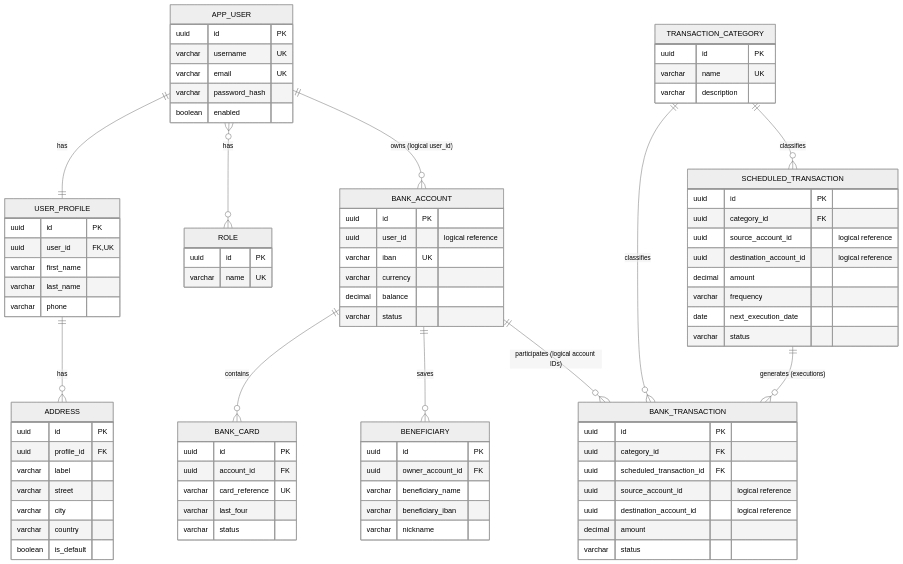
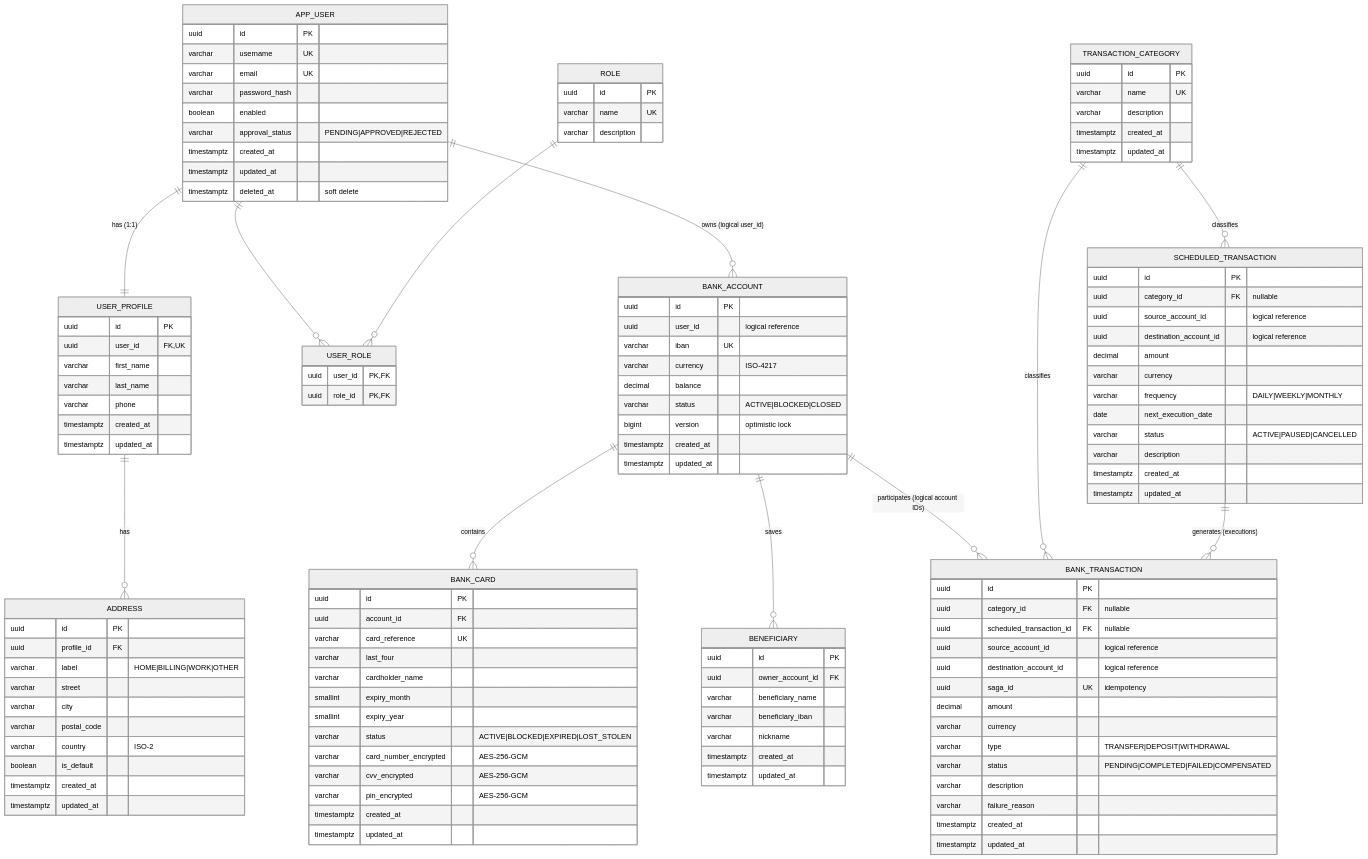
The fourth of 4 diagrams in README.md (AlexGhena/proiect_AWBD), drawn with Mermaid (neutral theme) before and after one commit. The commit also changed other lines of this file, not shown here.

````diff
--- a/README.md
+++ b/README.md
@@ -55,7 +128,8 @@
 ```mermaid
 erDiagram
-    APP_USER ||--|| USER_PROFILE : "has"
-    APP_USER }o--o{ ROLE : "has"
+    APP_USER ||--|| USER_PROFILE : "has (1:1)"
+    APP_USER ||--o{ USER_ROLE : ""
+    ROLE ||--o{ USER_ROLE : ""
     USER_PROFILE ||--o{ ADDRESS : "has"
     APP_USER ||--o{ BANK_ACCOUNT : "owns (logical user_id)"
     BANK_ACCOUNT ||--o{ BANK_CARD : "contains"
@@ -71,6 +145,10 @@
         varchar email UK
         varchar password_hash
         boolean enabled
+        varchar approval_status "PENDING|APPROVED|REJECTED"
+        timestamptz created_at
+        timestamptz updated_at
+        timestamptz deleted_at "soft delete"
     }
     USER_PROFILE {
         uuid id PK
@@ -78,34 +156,55 @@
         varchar first_name
         varchar last_name
         varchar phone
+        timestamptz created_at
+        timestamptz updated_at
     }
     ROLE {
         uuid id PK
         varchar name UK
+        varchar description
+    }
+    USER_ROLE {
+        uuid user_id PK,FK
+        uuid role_id PK,FK
     }
     ADDRESS {
         uuid id PK
         uuid profile_id FK
-        varchar label
+        varchar label "HOME|BILLING|WORK|OTHER"
         varchar street
         varchar city
-        varchar country
+        varchar postal_code
+        varchar country "ISO-2"
         boolean is_default
+        timestamptz created_at
+        timestamptz updated_at
     }
     BANK_ACCOUNT {
         uuid id PK
         uuid user_id "logical reference"
         varchar iban UK
-        varchar currency
+        varchar currency "ISO-4217"
         decimal balance
-        varchar status
+        varchar status "ACTIVE|BLOCKED|CLOSED"
+        bigint version "optimistic lock"
+        timestamptz created_at
+        timestamptz updated_at
     }
     BANK_CARD {
         uuid id PK
         uuid account_id FK
         varchar card_reference UK
         varchar last_four
-        varchar status
+        varchar cardholder_name
+        smallint expiry_month
+        smallint expiry_year
+        varchar status "ACTIVE|BLOCKED|EXPIRED|LOST_STOLEN"
+        varchar card_number_encrypted "AES-256-GCM"
+        varchar cvv_encrypted "AES-256-GCM"
+        varchar pin_encrypted "AES-256-GCM"
+        timestamptz created_at
+        timestamptz updated_at
     }
     BENEFICIARY {
         uuid id PK
@@ -113,29 +212,44 @@
         varchar beneficiary_name
         varchar beneficiary_iban
         varchar nickname
+        timestamptz created_at
+        timestamptz updated_at
     }
     TRANSACTION_CATEGORY {
         uuid id PK
         varchar name UK
         varchar description
+        timestamptz created_at
+        timestamptz updated_at
     }
     SCHEDULED_TRANSACTION {
         uuid id PK
-        uuid category_id FK
+        uuid category_id FK "nullable"
         uuid source_account_id "logical reference"
         uuid destination_account_id "logical reference"
         decimal amount
-        varchar frequency
+        varchar currency
+        varchar frequency "DAILY|WEEKLY|MONTHLY"
         date next_execution_date
-        varchar status
+        varchar status "ACTIVE|PAUSED|CANCELLED"
+        varchar description
+        timestamptz created_at
+        timestamptz updated_at
     }
     BANK_TRANSACTION {
         uuid id PK
-        uuid category_id FK
-        uuid scheduled_transaction_id FK
+        uuid category_id FK "nullable"
+        uuid scheduled_transaction_id FK "nullable"
         uuid source_account_id "logical reference"
         uuid destination_account_id "logical reference"
+        uuid saga_id UK "idempotency"
         decimal amount
-        varchar status
+        varchar currency
+        varchar type "TRANSFER|DEPOSIT|WITHDRAWAL"
+        varchar status "PENDING|COMPLETED|FAILED|COMPENSATED"
+        varchar description
+        varchar failure_reason
+        timestamptz created_at
+        timestamptz updated_at
     }
 ```
````
